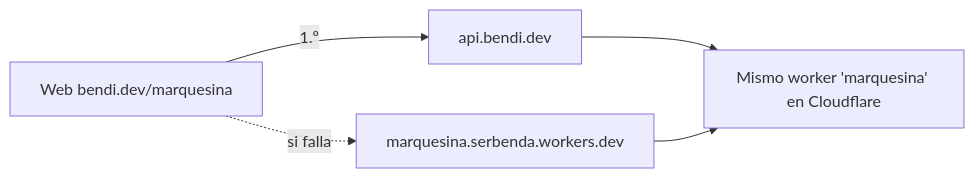
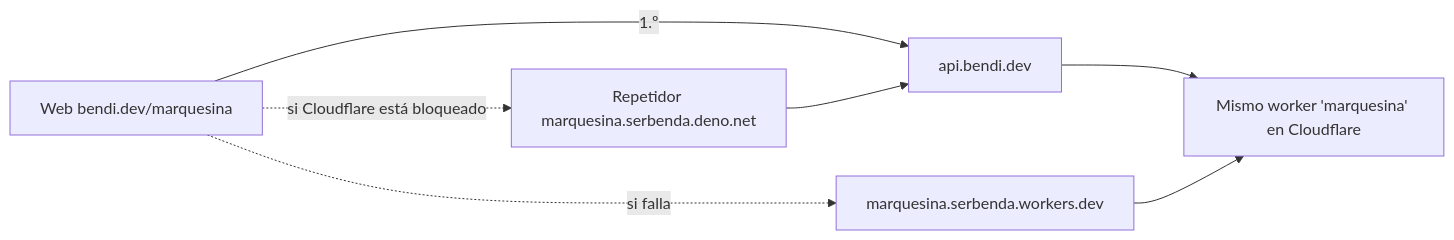
One commit to serbenda/marquesina changed the diagram in docs/DOMINIO.md. Above: the diagram before and after it, drawn with Mermaid. The commit also changed other lines of this file and 19 other files, not shown here.

````diff
--- a/docs/DOMINIO.md
+++ b/docs/DOMINIO.md
@@ -24,7 +24,9 @@
 ```mermaid
 flowchart LR
   W[Web bendi.dev/marquesina] -- "1.º" --> A[api.bendi.dev]
   W -. "si falla" .-> B[marquesina.serbenda.workers.dev]
+  W -. "si Cloudflare está bloqueado" .-> R[Repetidor marquesina.serbenda.deno.net]
+  R --> A
   A --> K[Mismo worker 'marquesina' en Cloudflare]
   B --> K
 ```
````
